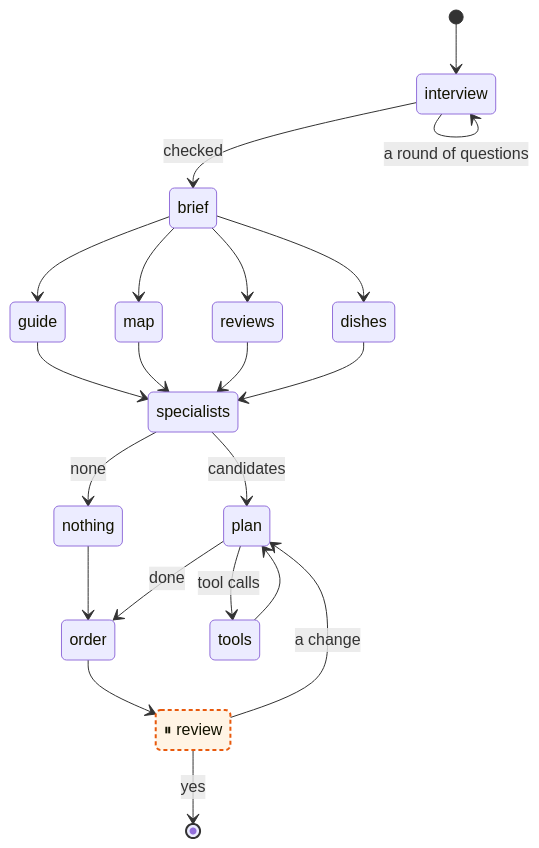
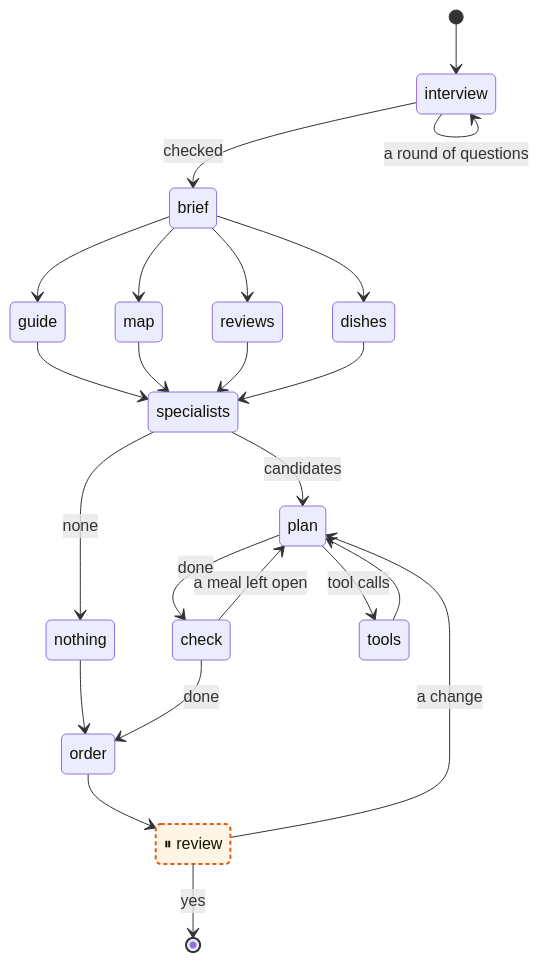
Before and after one commit to deeptelar/telar-foodie: the diagram in README.md, drawn with Mermaid. The commit also changed other lines of this file and 12 other files, not shown here.

````diff
--- a/README.md
+++ b/README.md
@@ -29,37 +29,40 @@
 ```mermaid
 stateDiagram-v2
     state "interview" as n0
     state "brief" as n1
     state "guide" as n2
     state "map" as n3
     state "reviews" as n4
     state "dishes" as n5
     state "specialists" as n6
     state "order" as n7
     state "⏸ review" as n8
     state "nothing" as n9
-    state "plan" as n10
-    state "tools" as n11
+    state "check" as n10
+    state "plan" as n11
+    state "tools" as n12
     [*] --> n0
     n0 --> n0 : a round of questions
     n0 --> n1 : checked
     n1 --> n2
     n1 --> n3
     n1 --> n4
     n1 --> n5
     n2 --> n6
     n3 --> n6
     n4 --> n6
     n5 --> n6
-    n6 --> n10 : candidates
+    n6 --> n11 : candidates
     n6 --> n9 : none
     n7 --> n8
-    n8 --> n10 : a change
+    n8 --> n11 : a change
     n8 --> [*] : yes
     n9 --> n7
-    n10 --> n11 : tool calls
+    n10 --> n11 : a meal left open
     n10 --> n7 : done
-    n11 --> n10
+    n11 --> n12 : tool calls
+    n11 --> n10 : done
+    n12 --> n11
     classDef interrupt fill:#fff4e5,stroke:#e8590c,stroke-width:2px,stroke-dasharray:4 3
     class n8 interrupt
 ```
````
